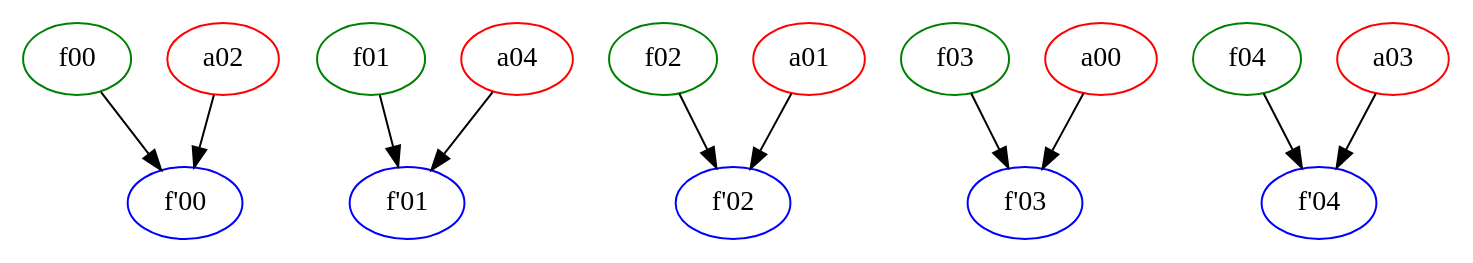
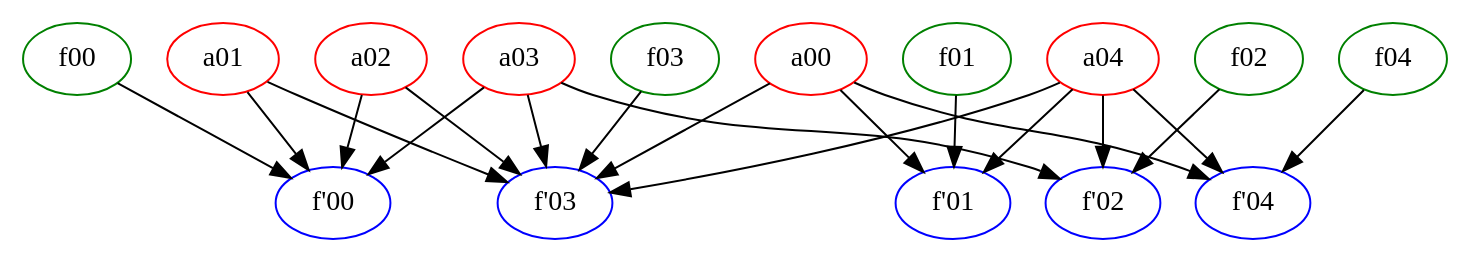
Before and after one commit to sergeivolodin/causality-disentanglement-rl: the diagram in figures/graph_orig.gv, drawn with Graphviz. The commit also changed 3 other files, not shown here.

Commit message:
Update broken fig

```diff
--- a/figures/graph_orig.gv
+++ b/figures/graph_orig.gv
@@ -1,27 +1,36 @@
 digraph "Causal model" {
 	f00 [color=green]
 	"f'00" [color=blue]
 	f01 [color=green]
 	"f'01" [color=blue]
 	f02 [color=green]
 	"f'02" [color=blue]
 	f03 [color=green]
 	"f'03" [color=blue]
 	f04 [color=green]
 	"f'04" [color=blue]
 	a00 [color=red]
 	a01 [color=red]
 	a02 [color=red]
 	a03 [color=red]
 	a04 [color=red]
+	a01 -> "f'00"
 	a02 -> "f'00"
+	a03 -> "f'00"
+	a00 -> "f'01"
 	a04 -> "f'01"
-	a01 -> "f'02"
+	a03 -> "f'02"
+	a04 -> "f'02"
 	a00 -> "f'03"
-	a03 -> "f'04"
+	a01 -> "f'03"
+	a02 -> "f'03"
+	a03 -> "f'03"
+	a04 -> "f'03"
+	a00 -> "f'04"
+	a04 -> "f'04"
 	f00 -> "f'00"
 	f01 -> "f'01"
 	f02 -> "f'02"
 	f03 -> "f'03"
 	f04 -> "f'04"
 }
```
